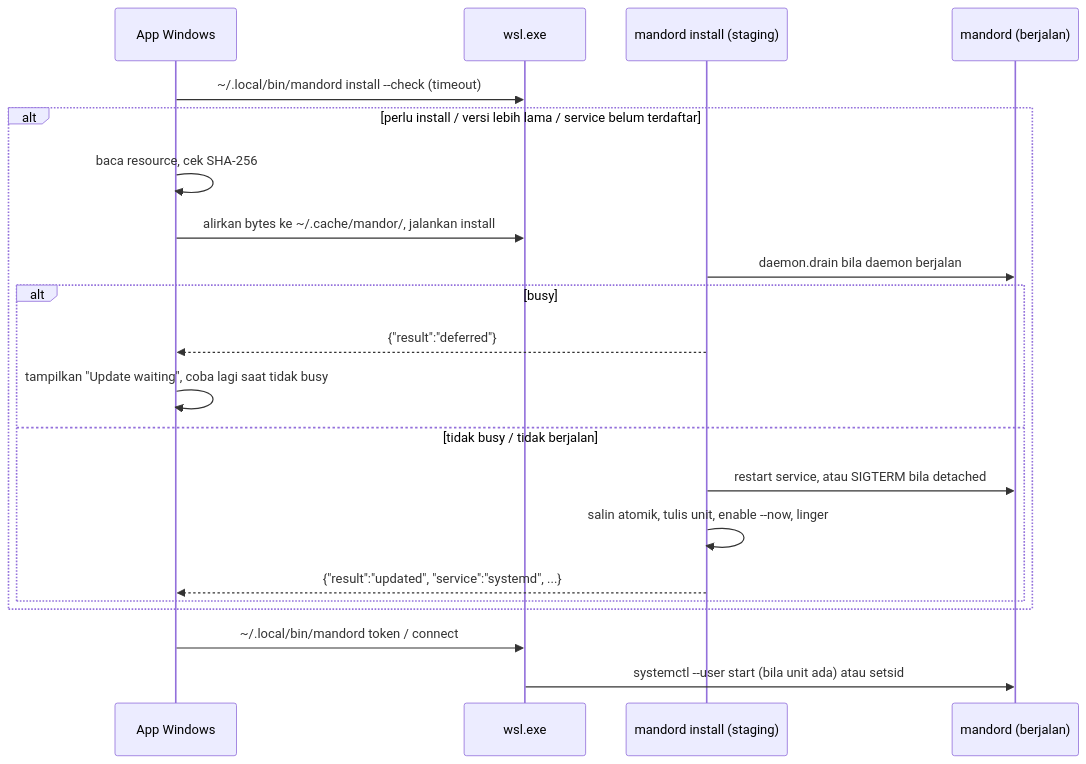
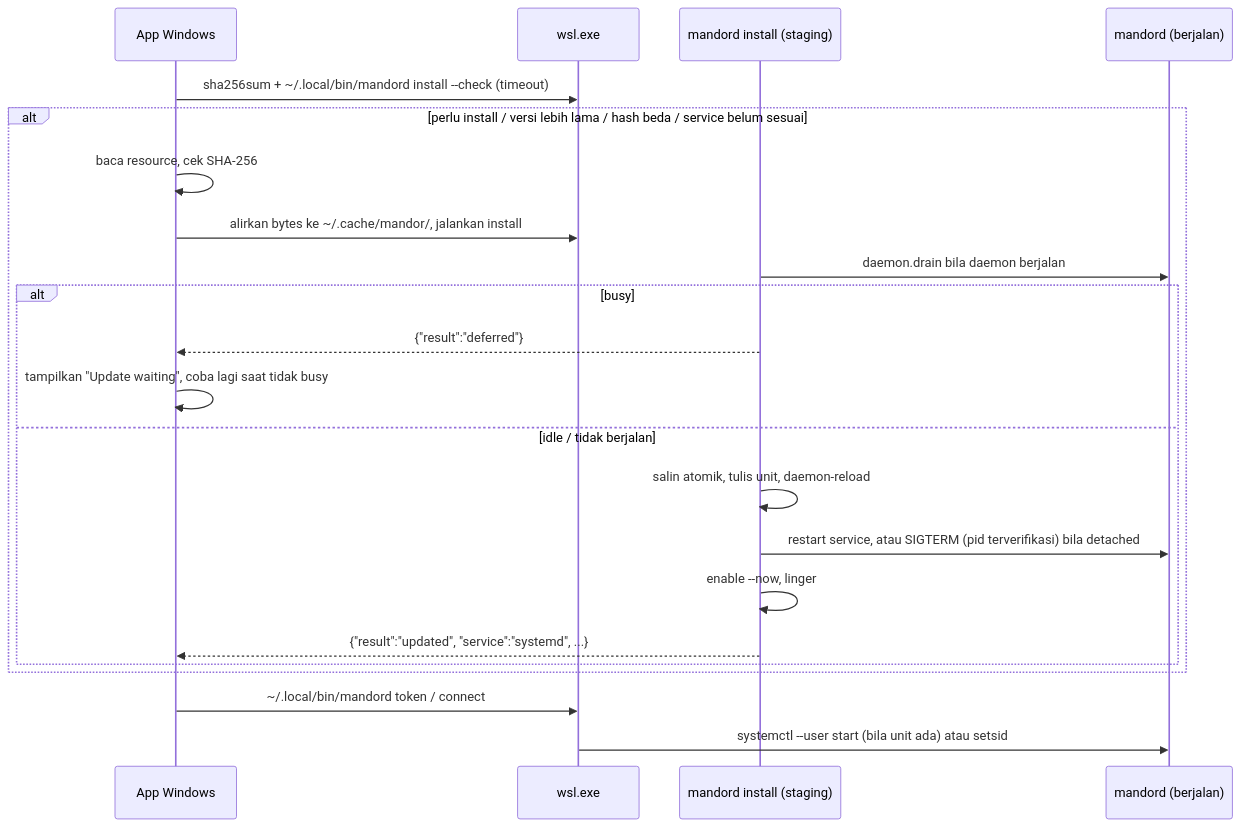
One commit to handokobeni/mandor changed the second of 2 diagrams in docs/plans/2026-10-23-001-feat-daemon-os-service-installer-plan.md. Above: the diagram before and after it, drawn with Mermaid. The commit also changed other lines of this file, not shown here.

First line of the commit message:
docs(plan): terapkan review ronde 2 rencana service OS

````diff
--- a/docs/plans/2026-10-23-001-feat-daemon-os-service-installer-plan.md
+++ b/docs/plans/2026-10-23-001-feat-daemon-os-service-installer-plan.md
@@ -150,23 +165,24 @@
 ```mermaid
 sequenceDiagram
   participant App as App Windows
   participant W as wsl.exe
   participant I as mandord install (staging)
   participant D as mandord (berjalan)
-  App->>W: ~/.local/bin/mandord install --check (timeout)
-  alt perlu install / versi lebih lama / service belum terdaftar
+  App->>W: sha256sum + ~/.local/bin/mandord install --check (timeout)
+  alt perlu install / versi lebih lama / hash beda / service belum sesuai
     App->>App: baca resource, cek SHA-256
     App->>W: alirkan bytes ke ~/.cache/mandor/, jalankan install
     I->>D: daemon.drain bila daemon berjalan
     alt busy
       I-->>App: {"result":"deferred"}
       App->>App: tampilkan "Update waiting", coba lagi saat tidak busy
-    else tidak busy / tidak berjalan
-      I->>D: restart service, atau SIGTERM bila detached
-      I->>I: salin atomik, tulis unit, enable --now, linger
+    else idle / tidak berjalan
+      I->>I: salin atomik, tulis unit, daemon-reload
+      I->>D: restart service, atau SIGTERM (pid terverifikasi) bila detached
+      I->>I: enable --now, linger
       I-->>App: {"result":"updated", "service":"systemd", ...}
     end
   end
   App->>W: ~/.local/bin/mandord token / connect
   W->>D: systemctl --user start (bila unit ada) atau setsid
 ```
````
